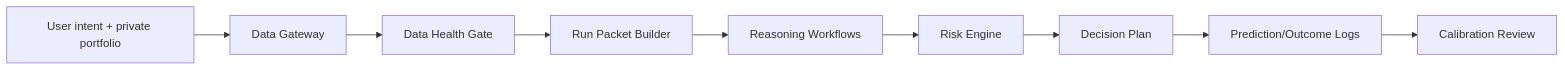
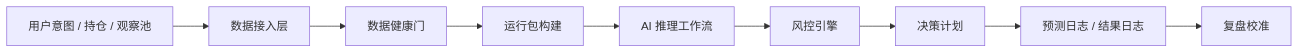
One commit to eulalee001020-star/a-share-ai-decision-assistant changed the diagram in docs/portfolio.md. Above: the diagram before and after it, drawn with Mermaid. The commit also changed other lines of this file and 4 other files, not shown here.

Commit message:
Reframe portfolio as AI PM decision proof

````diff
--- a/docs/portfolio.md
+++ b/docs/portfolio.md
@@ -34,11 +43,11 @@
 ```mermaid
 flowchart LR
-  A["User intent + private portfolio"] --> B["Data Gateway"]
-  B --> C["Data Health Gate"]
-  C --> D["Run Packet Builder"]
-  D --> E["Reasoning Workflows"]
-  E --> F["Risk Engine"]
-  F --> G["Decision Plan"]
-  G --> H["Prediction/Outcome Logs"]
-  H --> I["Calibration Review"]
+  A["用户意图 / 持仓 / 观察池"] --> B["数据接入层"]
+  B --> C["数据健康门"]
+  C --> D["运行包构建"]
+  D --> E["AI 推理工作流"]
+  E --> F["风控引擎"]
+  F --> G["决策计划"]
+  G --> H["预测日志 / 结果日志"]
+  H --> I["复盘校准"]
 ```
````
